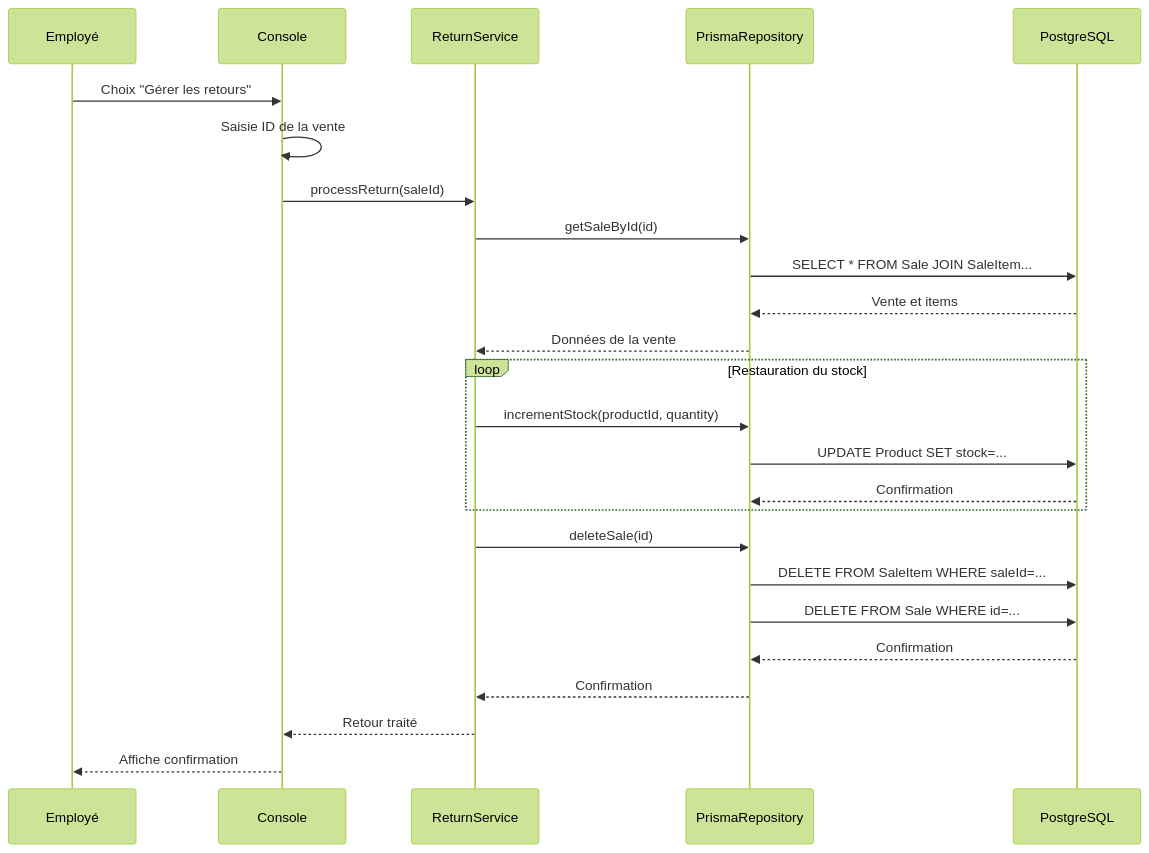
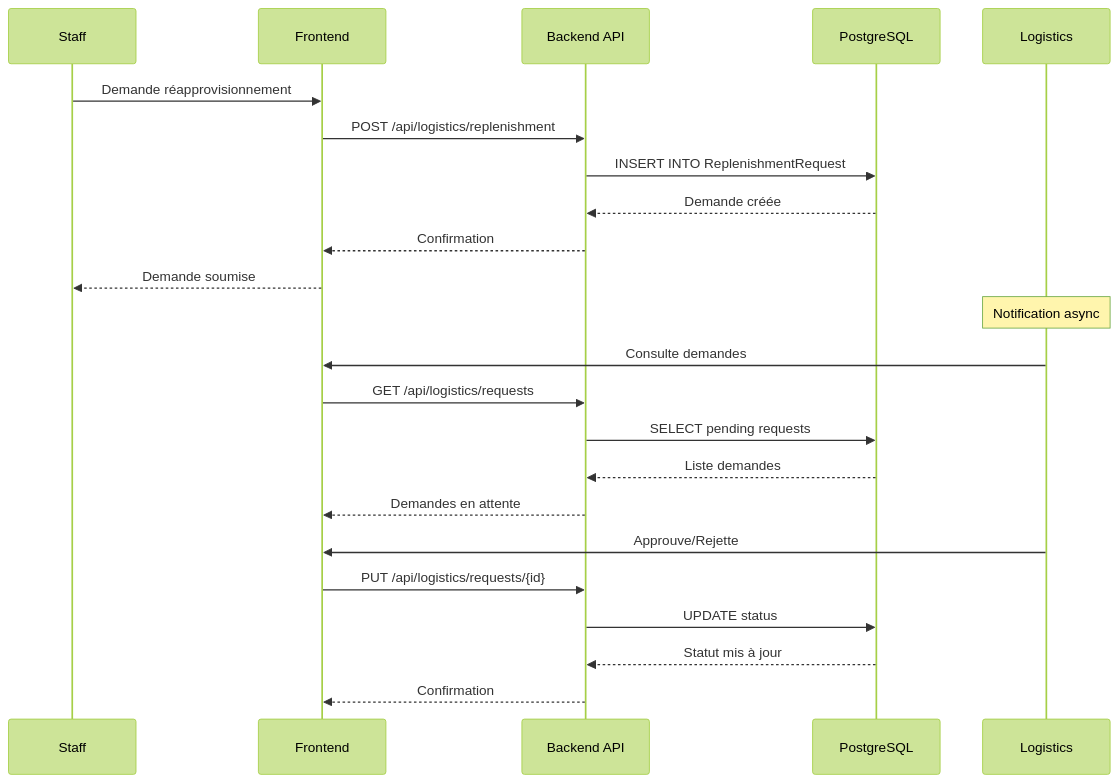
The fifth of 6 diagrams in docs/UML/sequence-diagram.md (MarcoBisson/LOG430-Lab0), drawn with Mermaid (forest theme) before and after one commit. The commit also changed other lines of this file and 6 other files, not shown here.

Commit message:
Config Grafana + Diagrammes étape 2

````diff
--- a/docs/UML/sequence-diagram.md
+++ b/docs/UML/sequence-diagram.md
@@ -79,28 +91,28 @@
 ```mermaid
 sequenceDiagram
-    participant U as Employé
-    participant C as Console
-    participant RS as ReturnService
-    participant R as PrismaRepository
+    participant S as Staff
+    participant F as Frontend
+    participant API as Backend API
     participant DB as PostgreSQL
+    participant L as Logistics
 
-    U->>C: Choix "Gérer les retours"
-    C->>C: Saisie ID de la vente
-    C->>RS: processReturn(saleId)
-    RS->>R: getSaleById(id)
-    R->>DB: SELECT * FROM Sale JOIN SaleItem...
-    DB-->>R: Vente et items
-    R-->>RS: Données de la vente
-    loop Restauration du stock
-        RS->>R: incrementStock(productId, quantity)
-        R->>DB: UPDATE Product SET stock=...
-        DB-->>R: Confirmation
-    end
-    RS->>R: deleteSale(id)
-    R->>DB: DELETE FROM SaleItem WHERE saleId=...
-    R->>DB: DELETE FROM Sale WHERE id=...
-    DB-->>R: Confirmation
-    R-->>RS: Confirmation
-    RS-->>C: Retour traité
-    C-->>U: Affiche confirmation
+    S->>F: Demande réapprovisionnement
+    F->>API: POST /api/logistics/replenishment
+    API->>DB: INSERT INTO ReplenishmentRequest
+    DB-->>API: Demande créée
+    API-->>F: Confirmation
+    F-->>S: Demande soumise
+    
+    Note over L: Notification async
+    L->>F: Consulte demandes
+    F->>API: GET /api/logistics/requests
+    API->>DB: SELECT pending requests
+    DB-->>API: Liste demandes
+    API-->>F: Demandes en attente
+    
+    L->>F: Approuve/Rejette
+    F->>API: PUT /api/logistics/requests/{id}
+    API->>DB: UPDATE status
+    DB-->>API: Statut mis à jour
+    API-->>F: Confirmation
 ```
````
